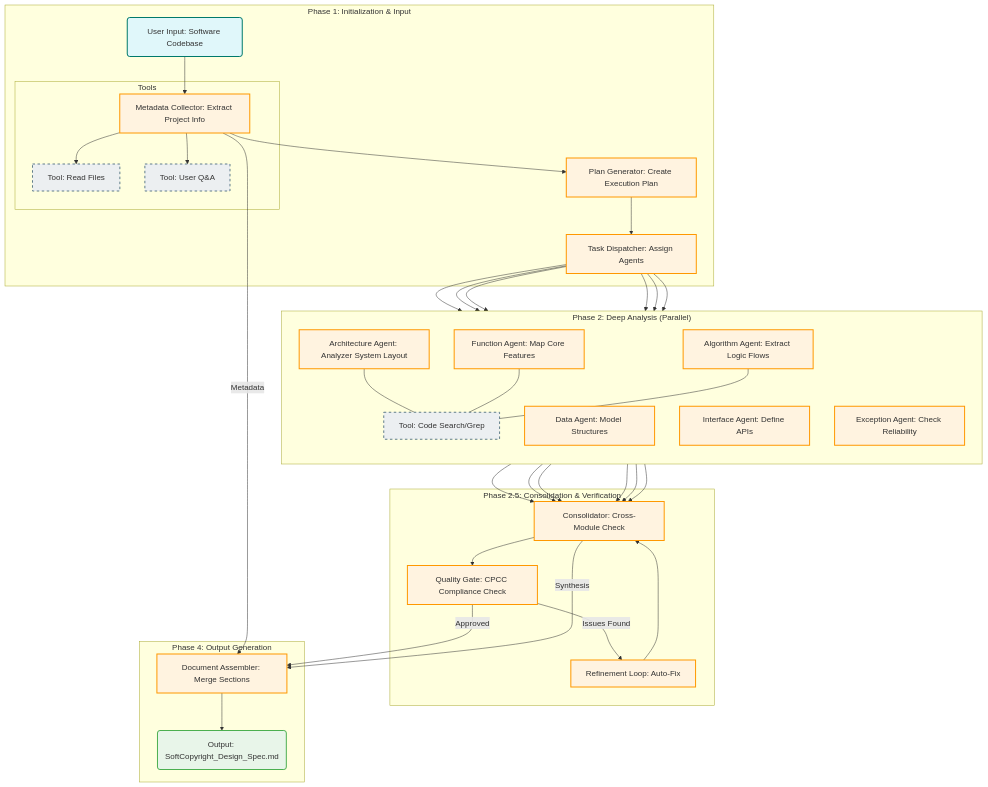
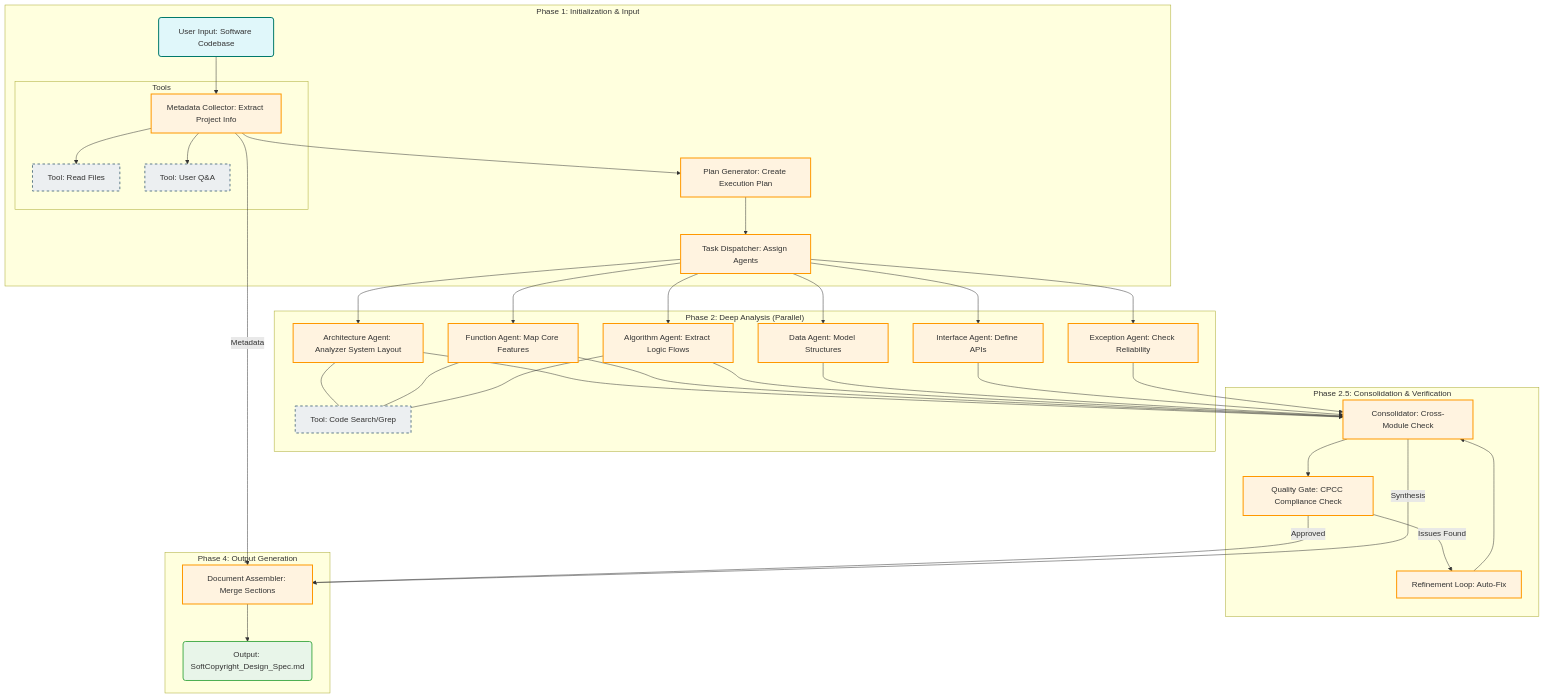
The diagram in README.md (Armorhtk/SoftwareCopyrightWriteAgent), drawn with Mermaid before and after one commit. The commit also changed other lines of this file, not shown here.

````diff
--- a/README.md
+++ b/README.md
@@ -9,63 +13,62 @@
 ```mermaid
 graph TD
     subgraph Phase1 ["Phase 1: Initialization & Input"]
         A("User Input: Software Codebase") --> B["Metadata Collector: Extract Project Info"];
         B --> C["Plan Generator: Create Execution Plan"];
         
         subgraph Tools ["Tools"]
             B --> T1["Tool: Read Files"]
             B --> T2["Tool: User Q&A"]
         end
         
         C --> D["Task Dispatcher: Assign Agents"];
     end
 
     subgraph Phase2 ["Phase 2: Deep Analysis (Parallel)"]
-        direction TB
         D --> E1["Architecture Agent: Analyzer System Layout"]
         D --> E2["Function Agent: Map Core Features"]
         D --> E3["Algorithm Agent: Extract Logic Flows"]
         D --> E4["Data Agent: Model Structures"]
         D --> E5["Interface Agent: Define APIs"]
         D --> E6["Exception Agent: Check Reliability"]
         
         %% Tools for Agents
         E1 --- T3["Tool: Code Search/Grep"]
         E2 --- T3
         E3 --- T3
     end
 
     subgraph Phase2_5 ["Phase 2.5: Consolidation & Verification"]
         E1 --> F["Consolidator: Cross-Module Check"];
         E2 --> F;
         E3 --> F;
         E4 --> F;
         E5 --> F;
         E6 --> F;
         
         F --> G["Quality Gate: CPCC Compliance Check"];
         G -- "Issues Found" --> H["Refinement Loop: Auto-Fix"];
         H --> F;
     end
 
     subgraph Phase4 ["Phase 4: Output Generation"]
         G -- "Approved" --> I["Document Assembler: Merge Sections"];
         I --> J("Output: SoftCopyright_Design_Spec.md");
         
         %% Internal Data Flow
         F -- "Synthesis" --> I
         B -- "Metadata" --> I
     end
 
     %% Styles
     classDef default fill:#f9f9f9,stroke:#333,stroke-width:2px;
     classDef input fill:#E0F7FA,stroke:#00796B;
     classDef process fill:#FFF3E0,stroke:#FF9800;
     classDef output fill:#E8F5E9,stroke:#4CAF50;
     classDef tool fill:#ECEFF1,stroke:#607D8B,stroke-dasharray: 5 5;
 
     class A input;
     class J output;
     class B,C,D,E1,E2,E3,E4,E5,E6,F,G,H,I process;
     class T1,T2,T3 tool;
 ```
````
